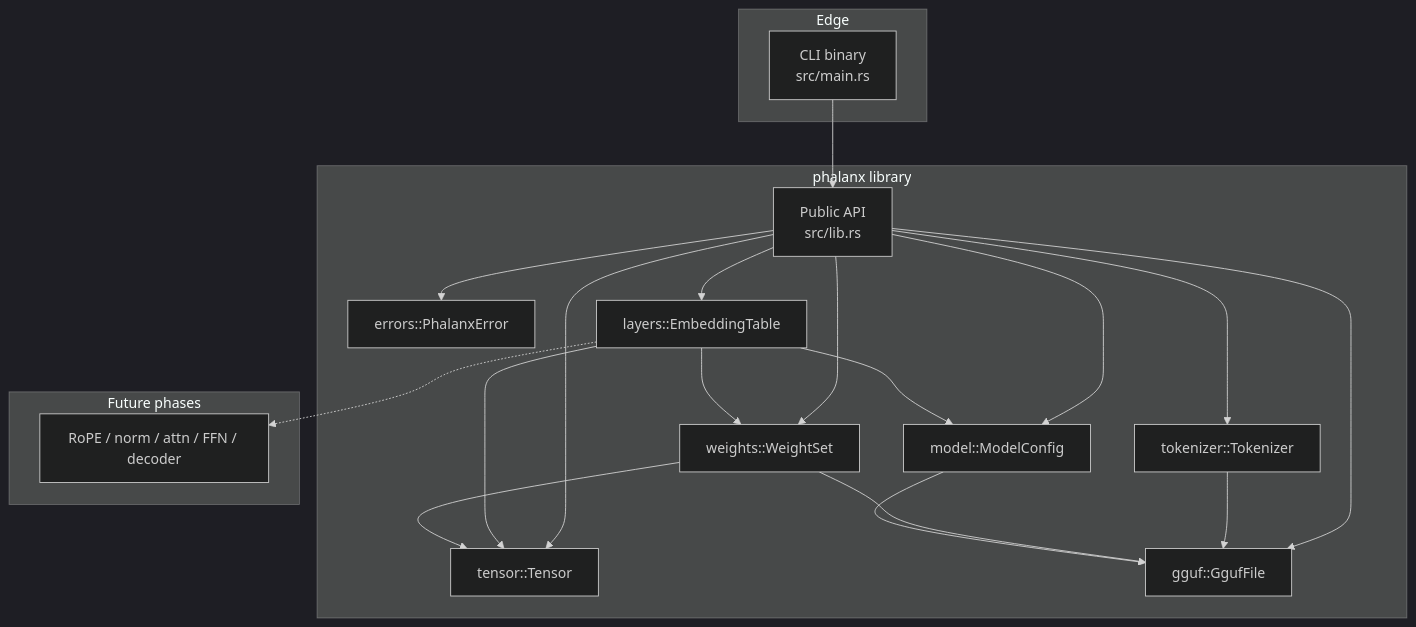
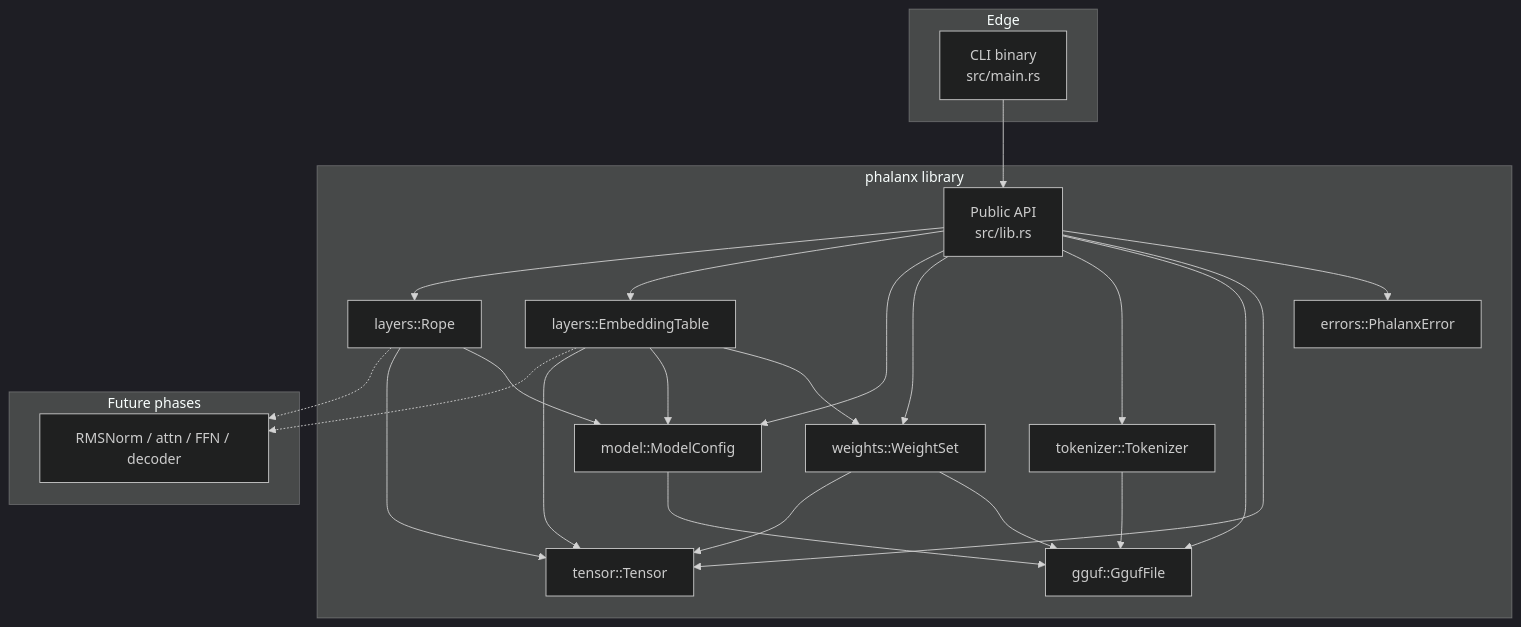
Before and after one commit to 404khai/phalanx: the diagram in README.md, drawn with Mermaid (dark theme). The commit also changed other lines of this file and 12 other files, not shown here.

````diff
--- a/README.md
+++ b/README.md
@@ -49,38 +49,43 @@
 ```mermaid
 flowchart TB
     subgraph edge [Edge]
         CLI["CLI binary<br/>src/main.rs"]
     end
 
     subgraph library [phalanx library]
         API["Public API<br/>src/lib.rs"]
         Errors["errors::PhalanxError"]
         Tensor["tensor::Tensor"]
         GGUF["gguf::GgufFile"]
         Tok["tokenizer::Tokenizer"]
         Weights["weights::WeightSet"]
         Model["model::ModelConfig"]
         Emb["layers::EmbeddingTable"]
+        Rope["layers::Rope"]
     end
 
     subgraph future [Future phases]
-        Decoder["RoPE / norm / attn / FFN / decoder"]
+        Decoder["RMSNorm / attn / FFN / decoder"]
     end
 
     CLI --> API
     API --> Errors
     API --> Tensor
     API --> GGUF
     API --> Tok
     API --> Weights
     API --> Model
     API --> Emb
+    API --> Rope
     Tok --> GGUF
     Weights --> GGUF
     Model --> GGUF
     Emb --> Weights
     Emb --> Model
+    Rope --> Model
     Emb --> Tensor
+    Rope --> Tensor
     Weights --> Tensor
     Emb -.-> Decoder
+    Rope -.-> Decoder
 ```
````
